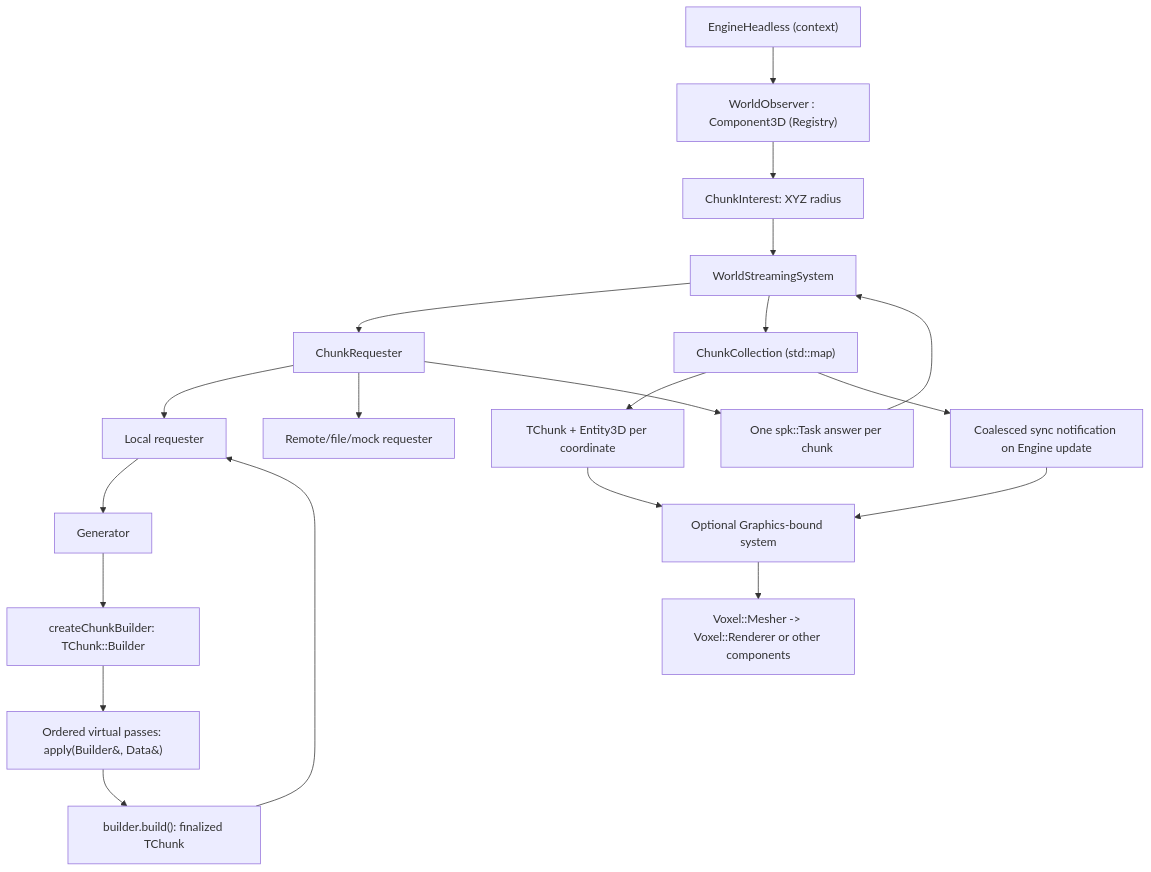
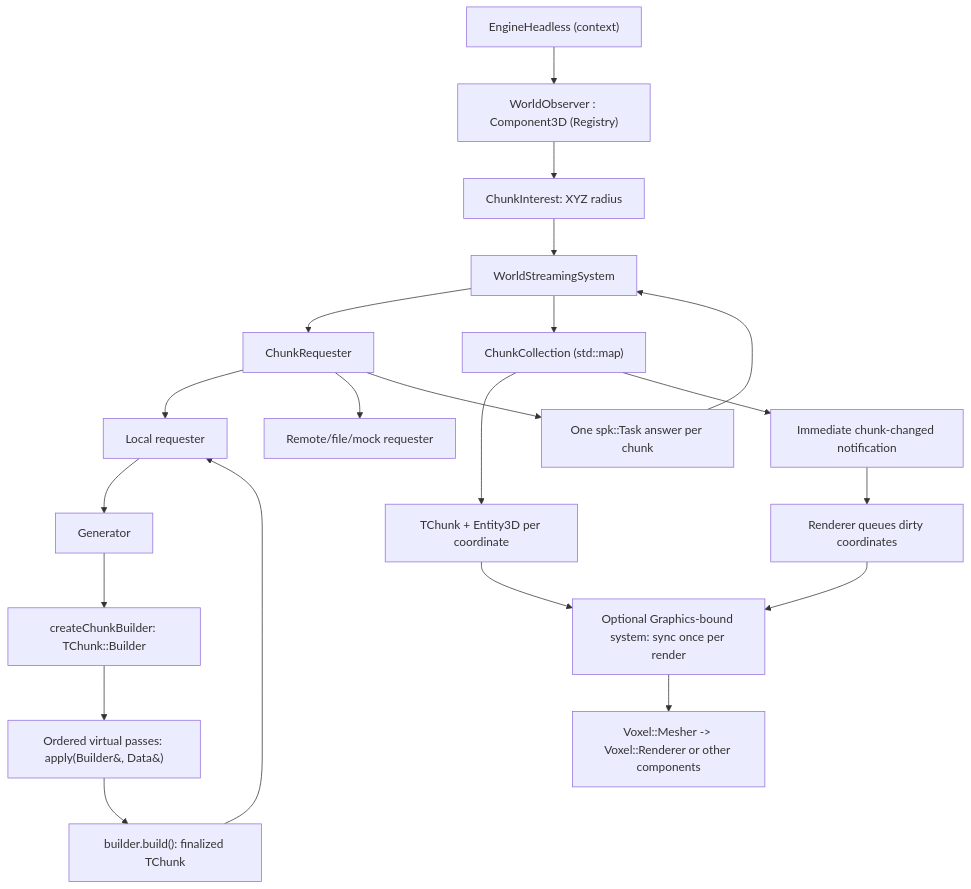
Before and after one commit to EreliaStudio/Sparkle: the diagram in docs/world-generation-v0.1.5/architecture.md, drawn with Mermaid. The commit also changed other lines of this file, not shown here.

Commit message:
docs(v0.1.5): reconcile architecture with approved lifecycle and event contracts

```diff
--- a/docs/world-generation-v0.1.5/architecture.md
+++ b/docs/world-generation-v0.1.5/architecture.md
@@ -7,21 +7,22 @@
 ~~~mermaid
 flowchart TD
     E["EngineHeadless (context)"] --> O["WorldObserver : Component3D (Registry)"]
     O --> I["ChunkInterest: XYZ radius"]
     I --> S["WorldStreamingSystem<TChunk>"]
     S --> R["ChunkRequester<TChunk>"]
     R --> L["Local requester"] & N["Remote/file/mock requester"]
     L --> G["Generator<TChunk, TGenerationData>"]
     G --> B["createChunkBuilder: TChunk::Builder"]
     B --> P["Ordered virtual passes: apply(Builder&, Data&)"]
     P --> F["builder.build(): finalized TChunk"]
     F --> L
     R --> T["One spk::Task answer per chunk"]
     T --> S
     S --> C["ChunkCollection<TChunk> (std::map)"]
     C --> X["TChunk + Entity3D per coordinate"]
-    C --> Q["Coalesced sync notification on Engine update"]
-    Q --> V["Optional Graphics-bound system"]
+    C --> Q["Immediate chunk-changed notification"]
+    Q --> D["Renderer queues dirty coordinates"]
+    D --> V["Optional Graphics-bound system: sync once per render"]
     X --> V
     V --> RC["Voxel::Mesher -> Voxel::Renderer or other components"]
 ~~~
```
